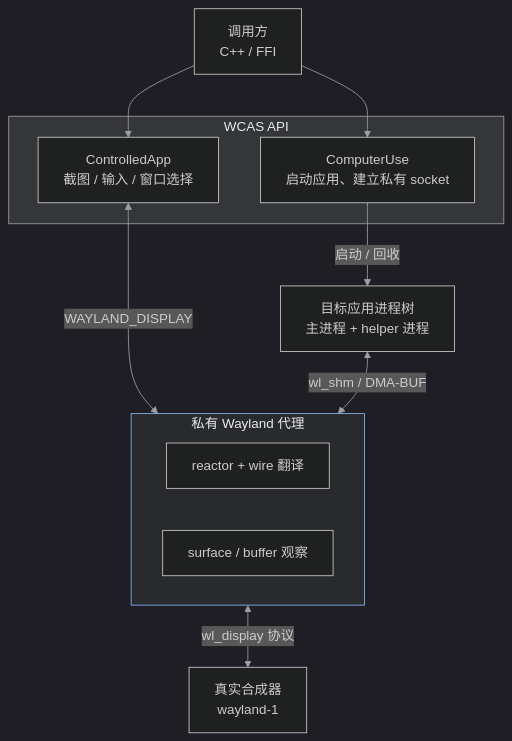
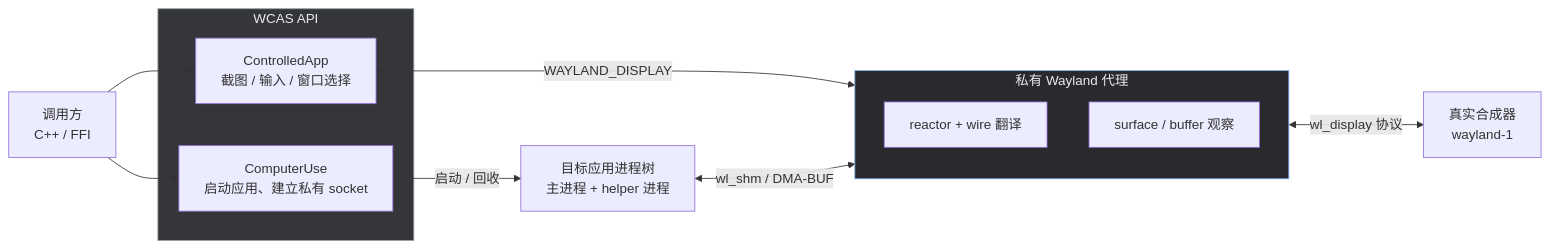
One commit to Sukanle/WCAS changed the second of 2 diagrams in README.md. Above: the diagram before and after it, drawn with Mermaid. The commit also changed other lines of this file and 10 other files, not shown here.

````diff
--- a/README.md
+++ b/README.md
@@ -137,28 +170,27 @@
 ```mermaid
-%%{init: {"theme": "dark", "themeVariables": {"fontColor": "#E8EAED", "primaryTextColor": "#E8EAED", "lineColor": "#9AA0A6", "clusterBkg": "#202124", "clusterBorder": "#5F6368"}}}%%
-flowchart TB
+flowchart LR
     caller["调用方<br/>C++ / FFI"]
 
     subgraph api["WCAS API"]
         cu["ComputerUse<br/>启动应用、建立私有 socket"]
         ca["ControlledApp<br/>截图 / 输入 / 窗口选择"]
     end
 
     subgraph proxy["私有 Wayland 代理"]
         p1["reactor + wire 翻译"]
         p2["surface / buffer 观察"]
     end
 
     compositor["真实合成器<br/>wayland-1"]
     app["目标应用进程树<br/>主进程 + helper 进程"]
 
     caller --> cu
     caller --> ca
     cu -->|"启动 / 回收"| app
     ca <-->|"WAYLAND_DISPLAY"| proxy
     proxy <-->|"wl_display 协议"| compositor
     app <-->|"wl_shm / DMA-BUF"| proxy
 
     style proxy fill:#292A2D,stroke:#8AB4F8,color:#E8EAED
     style api fill:#35363A,stroke:#9AA0A6,color:#E8EAED
 ```
````
